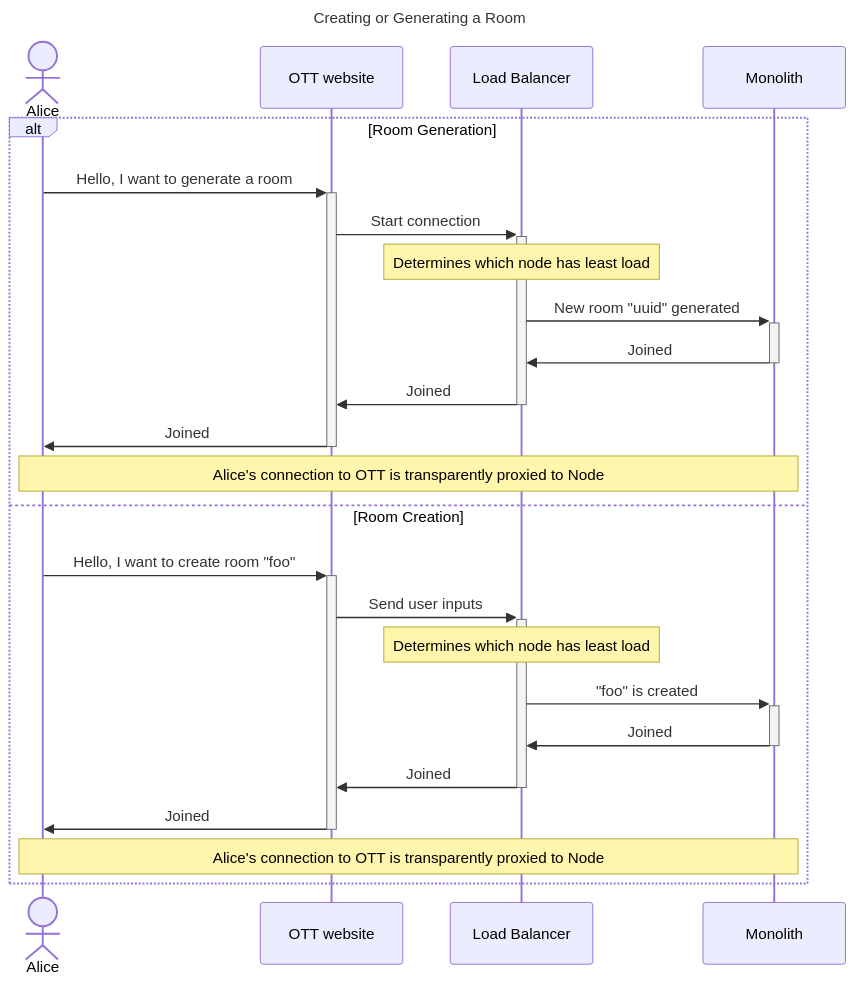
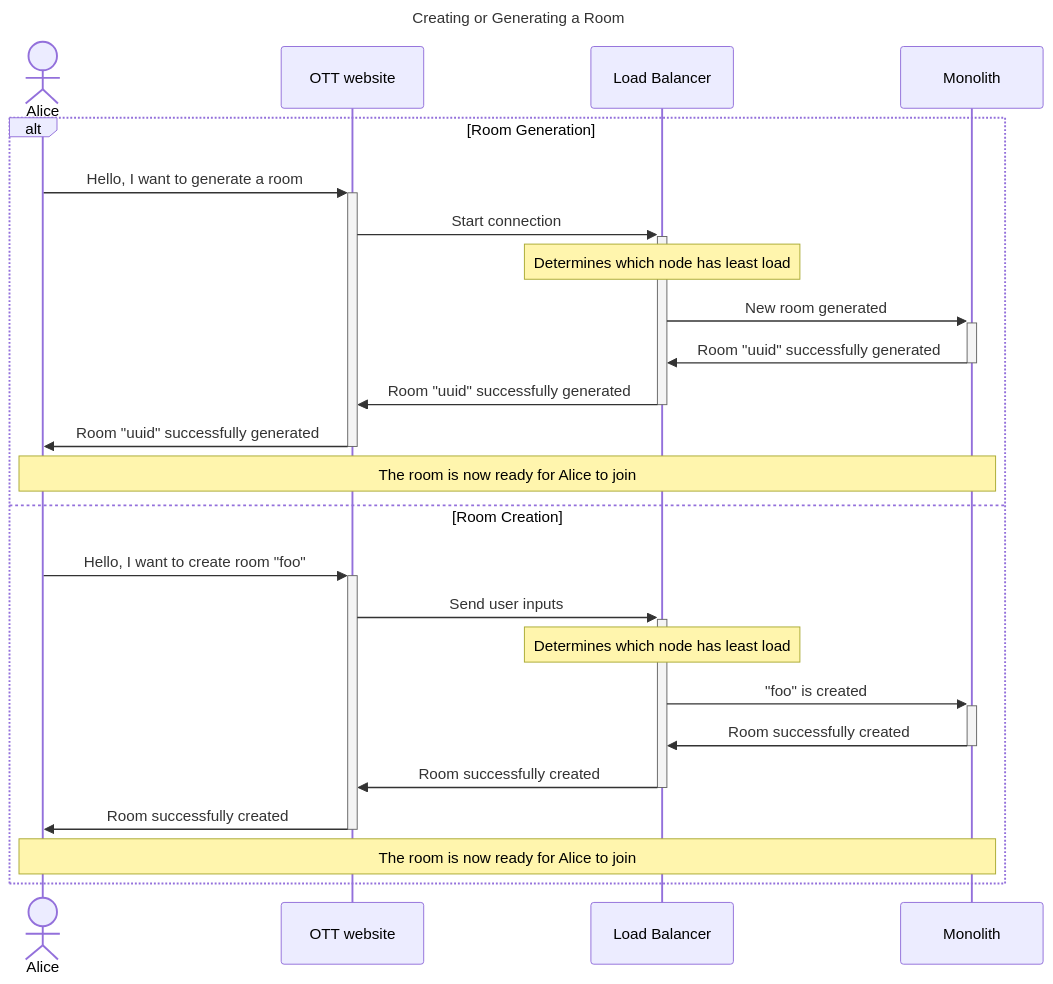
One commit to dyc3/ssw345-group-assignments changed the diagram in final-project/Figures/create-room-diag.mmd. Above: the diagram before and after it, drawn with Mermaid.

Commit message:
further sequence diagram updates

```diff
--- a/final-project/Figures/create-room-diag.mmd
+++ b/final-project/Figures/create-room-diag.mmd
@@ -1,27 +1,27 @@
 ---
 title: Creating or Generating a Room
 ---
 sequenceDiagram
     actor Alice
     participant OTT as OTT website
     participant L as Load Balancer
     participant N as Monolith
     alt Room Generation
     Alice->>+OTT: Hello, I want to generate a room
     OTT->>+L: Start connection
     Note over L: Determines which node has least load
-    L->>+N: New room "uuid" generated
-    N->>-L: Joined
-    L->>-OTT: Joined
-    OTT->>-Alice: Joined
-    Note over Alice,N: Alice's connection to OTT is transparently proxied to Node
+    L->>+N: New room generated
+    N->>-L: Room "uuid" successfully generated
+    L->>-OTT: Room "uuid" successfully generated
+    OTT->>-Alice: Room "uuid" successfully generated
+    Note over Alice,N: The room is now ready for Alice to join
     else Room Creation
     Alice->>+OTT: Hello, I want to create room "foo"
     OTT->>+L: Send user inputs
     Note over L: Determines which node has least load
     L->>+N: "foo" is created
-    N->>-L: Joined
-    L->>-OTT: Joined
-    OTT->>-Alice: Joined
-    Note over Alice,N: Alice's connection to OTT is transparently proxied to Node
+    N->>-L: Room successfully created
+    L->>-OTT: Room successfully created
+    OTT->>-Alice: Room successfully created
+    Note over Alice,N: The room is now ready for Alice to join
     end
```
